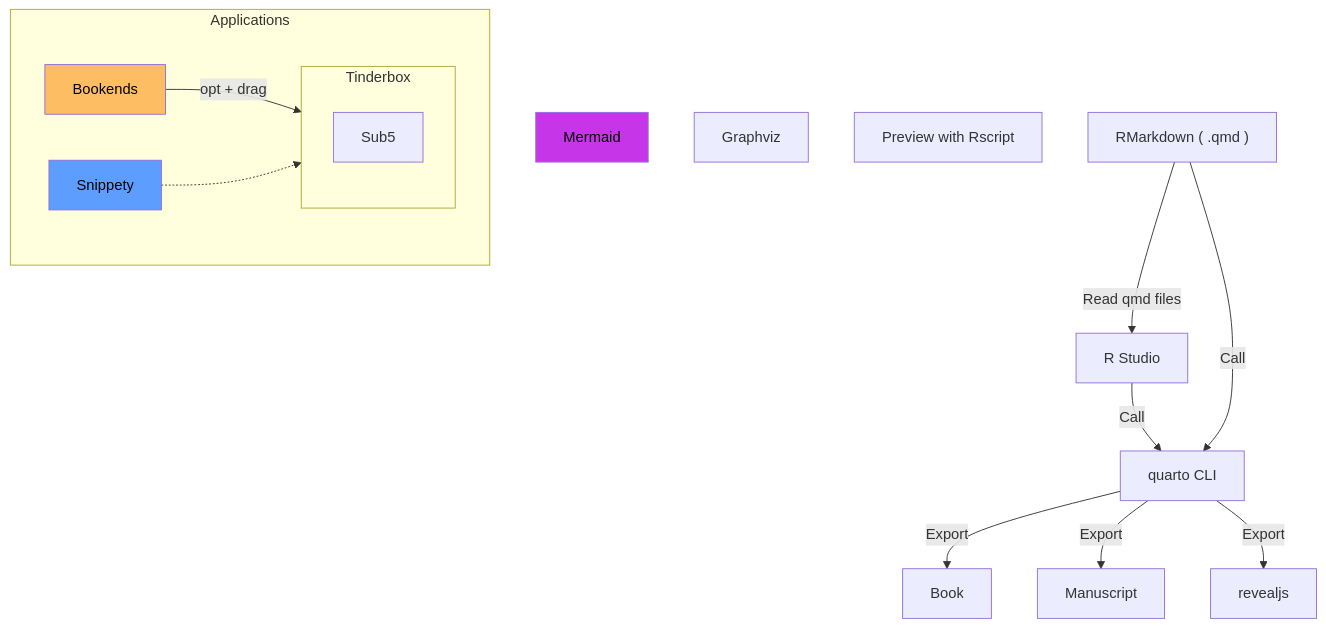
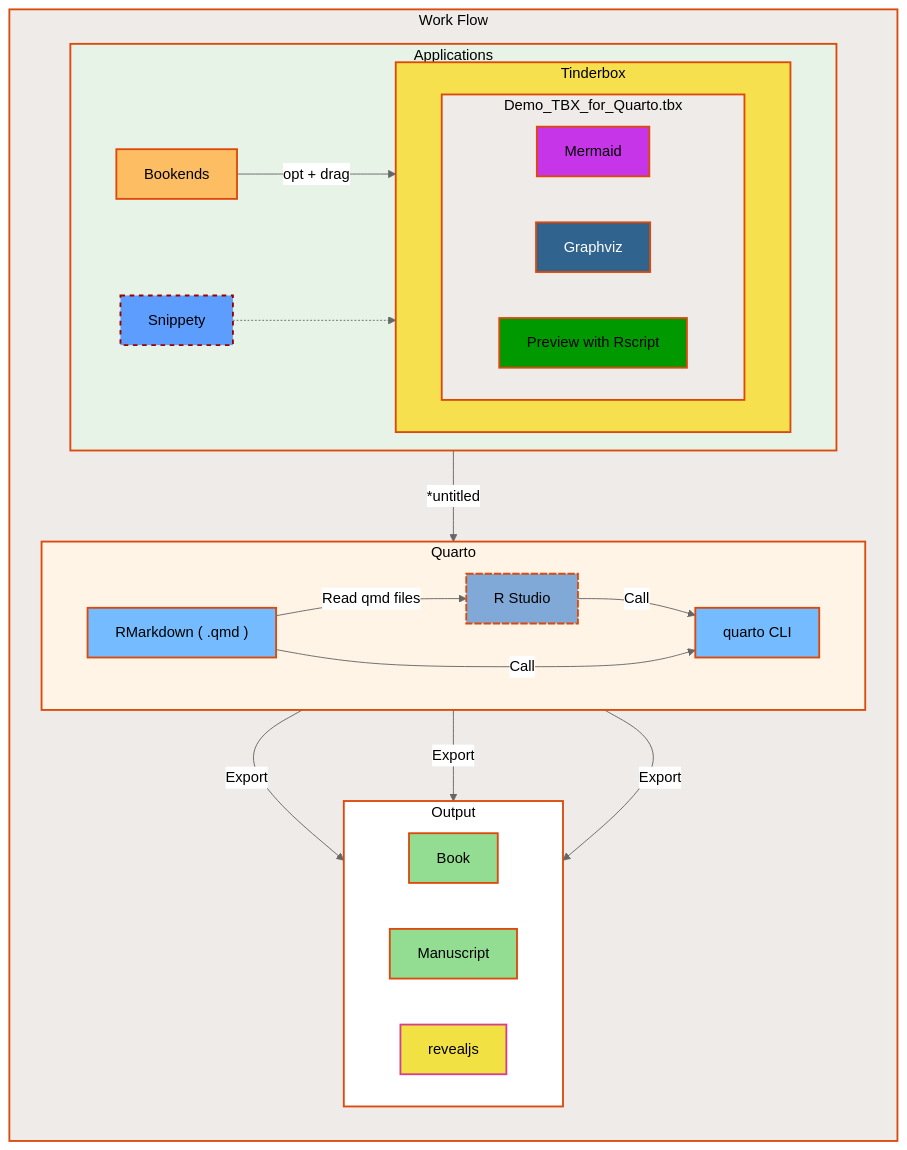
Before and after one commit to fryagbye/tinderboxwithquarto: the first of 3 diagrams in README.md, drawn with Mermaid. The commit also changed other lines of this file, not shown here.

````diff
--- a/README.md
+++ b/README.md
@@ -18,29 +34,85 @@
-```mermaid
-graph TB
+```{mermaid}
+%%| label: fig-workflow-mermaid
+%%| fig-cap: Tinderbox Work Flow with Quarto.
+%%{init: {'theme':'neutral'}}%%
+flowchart TB
     A["Bookends"] -->|"opt + drag"| Sub1["Tinderbox"]
     B["Snippety"] -.->  Sub1["Tinderbox"]
     C["Mermaid"]
     D["Graphviz"]
     E["Preview with Rscript"]
     F["R Studio"] -->|"Call"| H["quarto CLI"]
-    G["RMarkdown ( .qmd )"] -->|"Read qmd files"| F["R Studio"]
+    G["RMarkdown ( .qmd )"] -->|""Read qmd files""| F["R Studio"]
     G["RMarkdown ( .qmd )"] -->|"Call"| H["quarto CLI"]
     H["quarto CLI"] -->|"Export"| I["Book"]
     H["quarto CLI"] -->|"Export"| J["Manuscript"]
     H["quarto CLI"] -->|"Export"| K["revealjs"]
+    I["Book"]
+    J["Manuscript"]
+    K["revealjs"]
 
-    subgraph Sub1["Tinderbox"]
-        Sub5
-    end 
+ subgraph Sub1["Tinderbox"]
+    Sub5
+end 
 
-    subgraph Sub2["Applications"]
-        direction LR
-        A
-        B
-        Sub1
-    end 
+ subgraph Sub2["Applications"]
+    direction LR
+    A
+    B
+    Sub1
+end 
 
-    style A fill:#fcbd63,color:#000000
-    style B fill:#5c9dfe,color:#000000
-    style C fill:#c735e9,color:#000000
+ subgraph Sub3["Quarto"]
+    direction LR
+    F
+    G
+    H
+end 
+
+ subgraph Sub4["Output"]
+    direction LR
+    I
+    J
+    K
+end 
+
+ subgraph Sub5["Demo_TBX_for_Quarto.tbx"]
+    C
+    D
+    E
+end 
+
+ subgraph Sub6["Work Flow"]
+    direction TB
+    Sub2
+    Sub3
+    Sub4
+end 
+
+    Sub5["Demo_TBX_for_Quarto.tbx"] -->|""*untitled""| G["RMarkdown ( .qmd )"]
+
+%% Styles & Links
+    style A fill:#fcbd63,color:#000000,stroke:#dc490b,stroke-width:2px
+    click A href "https://www.sonnysoftware.com/bookends-for-mac" _blank
+    style B fill:#5c9dfe,color:#000000,stroke:#990000,stroke-width:2px,stroke-dasharray:5 5 
+    click B href "https://snippety.app/" _blank
+    style C fill:#c735e9,color:#000000,stroke:#dc490b,stroke-width:2px
+    click C href "https://mermaid.js.org/" _blank
+    style D fill:#30638d,color:#ffffff,stroke:#dc490b,stroke-width:2px
+    click D href "https://graphviz.org/" _blank
+    style E fill:#009900,color:#000000,stroke:#dc490b,stroke-width:2px
+    style F fill:#80a9d7,color:#000000,stroke:#dc490b,stroke-width:2px,stroke-dasharray:8 2 
+    click F href "https://posit.co/products/open-source/rstudio/" _blank
+    style G fill:#74bbff,color:#000000,stroke:#dc490b,stroke-width:2px
+    style H fill:#74bbff,color:#000000,stroke:#dc490b,stroke-width:2px
+    click H href "https://quarto.org/" _blank
+    style I fill:#93dd93,color:#000000,stroke:#dc490b,stroke-width:2px
+    style J fill:#93dd93,color:#000000,stroke:#dc490b,stroke-width:2px
+    style K fill:#f2e142,color:#000000,stroke:#d53f8c,stroke-width:2px
+    style Sub1 fill:#f6e04d,color:#000000,stroke:#dc490b,stroke-width:2px
+    style Sub2 fill:#e7f3e7,color:#000000,stroke:#dc490b,stroke-width:2px
+    style Sub3 fill:#fff4e6,color:#000000,stroke:#dc490b,stroke-width:2px
+    style Sub4 fill:#ffffff,color:#000000,stroke:#dc490b,stroke-width:2px
+    style Sub5 fill:#eeebe9,color:#000000,stroke:#dc490b,stroke-width:2px
+    style Sub6 fill:#eeebe9,color:#000000,stroke:#dc490b,stroke-width:2px
 ```
````
